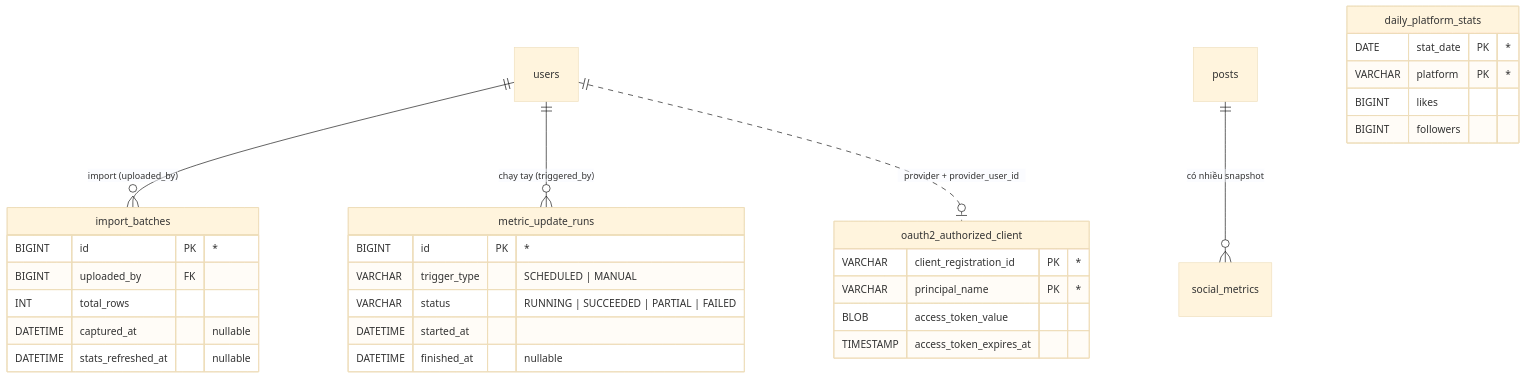
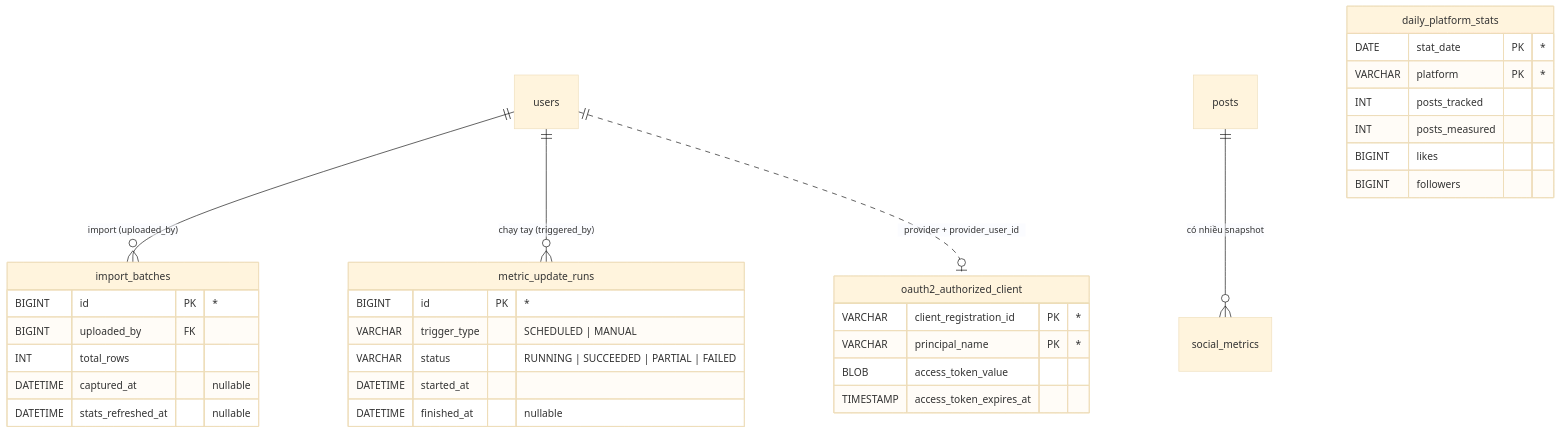
The second of 2 diagrams in docs/01-thiet-ke-csdl.md (thaipt-0042/java-advance), drawn with Mermaid (base theme) before and after one commit. The commit also changed other lines of this file and 4 other files, not shown here.

````diff
--- a/docs/01-thiet-ke-csdl.md
+++ b/docs/01-thiet-ke-csdl.md
@@ -128,33 +128,35 @@
 ```mermaid
 erDiagram
     users ||--o{ import_batches : "import (uploaded_by)"
     users ||--o{ metric_update_runs : "chạy tay (triggered_by)"
     users ||..o| oauth2_authorized_client : "provider + provider_user_id"
     posts ||--o{ social_metrics : "có nhiều snapshot"
     oauth2_authorized_client {
         VARCHAR client_registration_id PK "*"
         VARCHAR principal_name PK "*"
         BLOB access_token_value
         TIMESTAMP access_token_expires_at
     }
     import_batches {
         BIGINT id PK "*"
         BIGINT uploaded_by FK
         INT total_rows
         DATETIME captured_at "nullable"
         DATETIME stats_refreshed_at "nullable"
     }
     metric_update_runs {
         BIGINT id PK "*"
         VARCHAR trigger_type "SCHEDULED | MANUAL"
         VARCHAR status "RUNNING | SUCCEEDED | PARTIAL | FAILED"
         DATETIME started_at
         DATETIME finished_at "nullable"
     }
     daily_platform_stats {
         DATE stat_date PK "*"
         VARCHAR platform PK "*"
+        INT posts_tracked
+        INT posts_measured
         BIGINT likes
         BIGINT followers
     }
 ```
````
